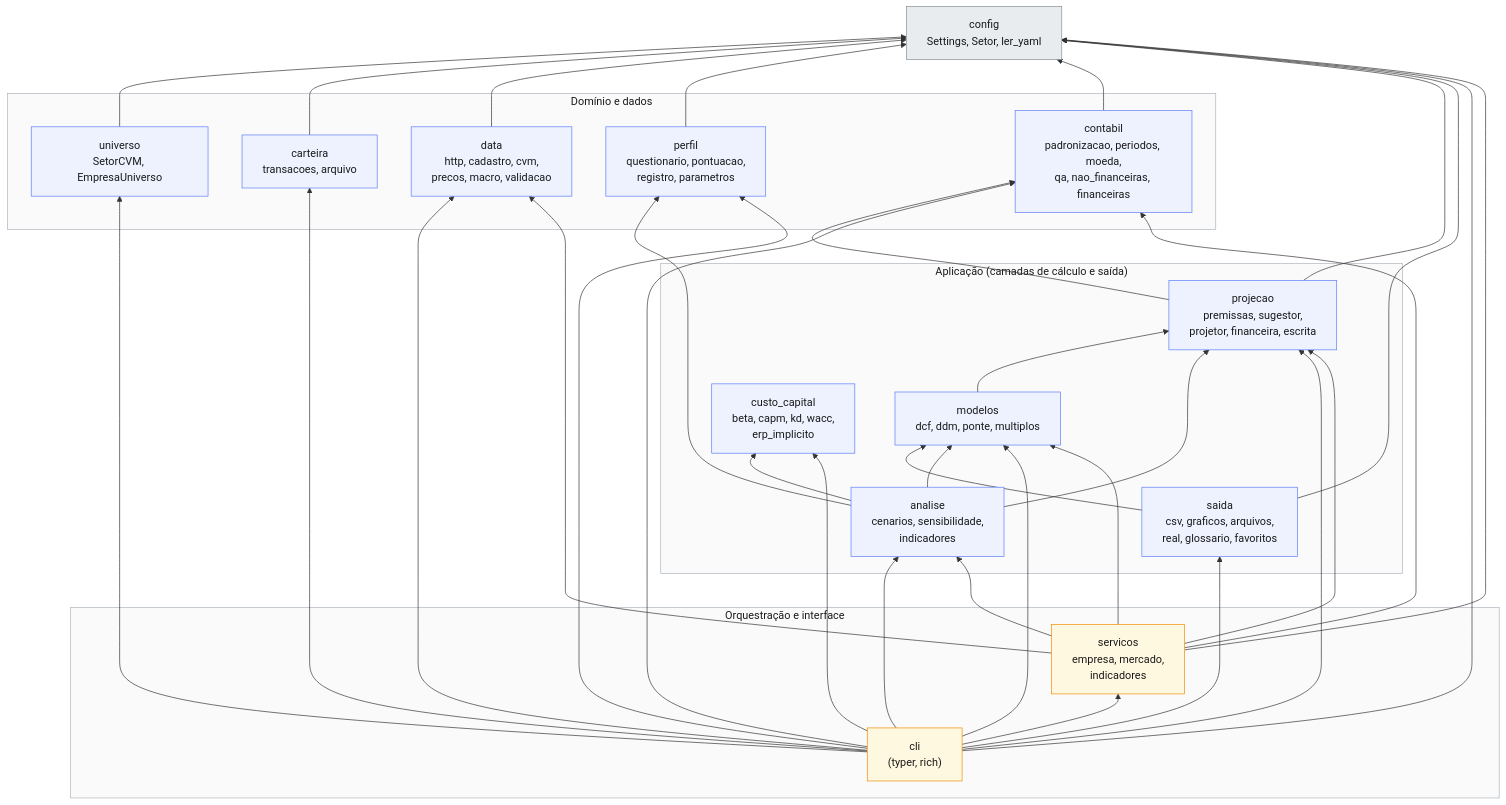
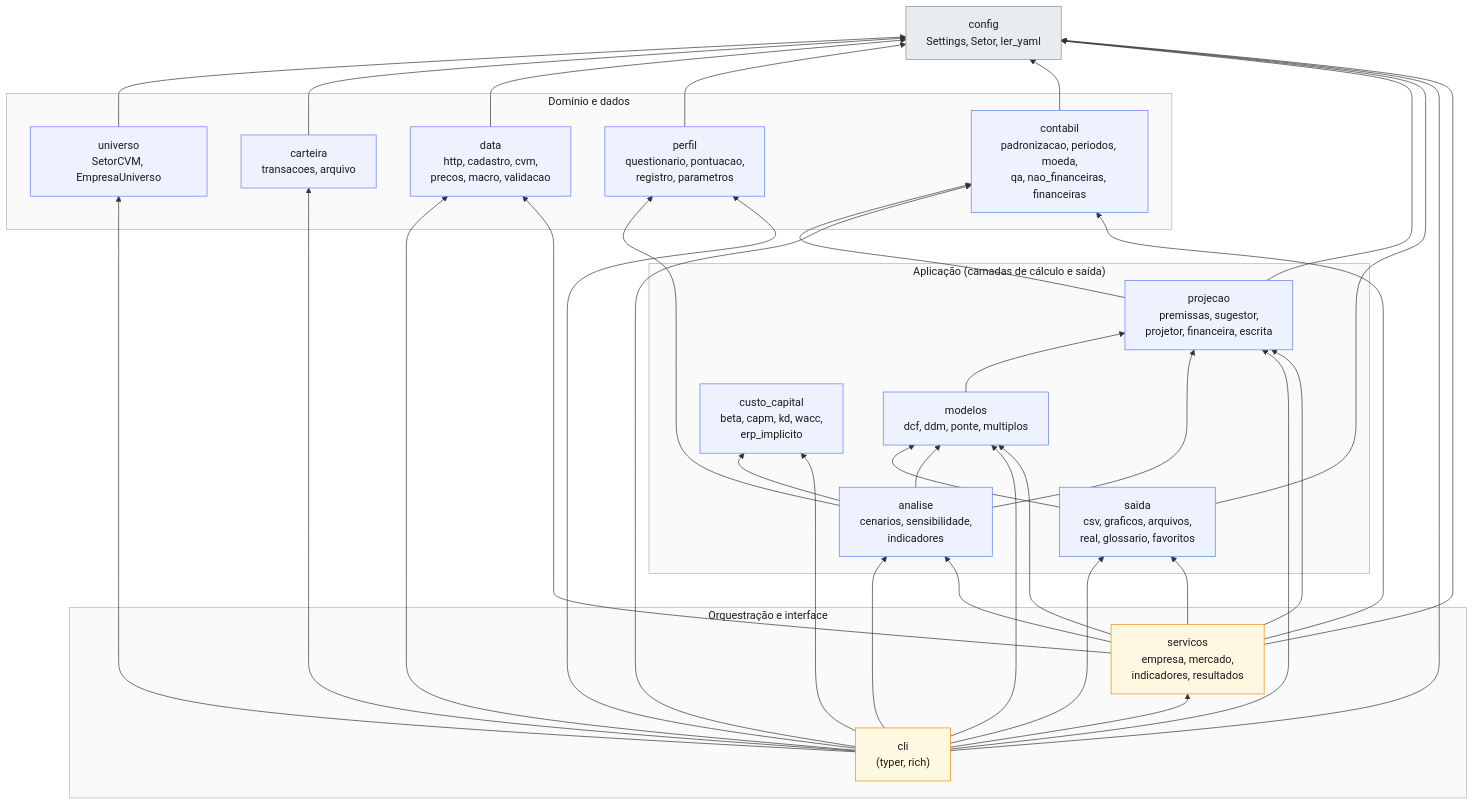
The first of 3 diagrams in docs/diagrama_arquitetura.md (luiz2801/lastro), drawn with Mermaid before and after one commit. The commit also changed 5 other files, not shown here.

First line of the commit message:
servicos: lê a última rodada de saida/ (S1, resultados)

````diff
--- a/docs/diagrama_arquitetura.md
+++ b/docs/diagrama_arquitetura.md
@@ -11,48 +11,48 @@
 ```mermaid
 flowchart BT
     subgraph ORQ["Orquestração e interface"]
         cli["cli<br/>(typer, rich)"]
-        servicos["servicos<br/>empresa, mercado,<br/>indicadores"]
+        servicos["servicos<br/>empresa, mercado,<br/>indicadores, resultados"]
     end
 
     subgraph APL["Aplicação (camadas de cálculo e saída)"]
         saida["saida<br/>csv, graficos, arquivos,<br/>real, glossario, favoritos"]
         analise["analise<br/>cenarios, sensibilidade,<br/>indicadores"]
         modelos["modelos<br/>dcf, ddm, ponte, multiplos"]
         projecao["projecao<br/>premissas, sugestor,<br/>projetor, financeira, escrita"]
         custo["custo_capital<br/>beta, capm, kd, wacc,<br/>erp_implicito"]
     end
 
     subgraph DOM["Domínio e dados"]
         contabil["contabil<br/>padronizacao, periodos, moeda,<br/>qa, nao_financeiras, financeiras"]
         perfil["perfil<br/>questionario, pontuacao,<br/>registro, parametros"]
         data["data<br/>http, cadastro, cvm,<br/>precos, macro, validacao"]
         carteira["carteira<br/>transacoes, arquivo"]
         universo["universo<br/>SetorCVM, EmpresaUniverso"]
     end
 
     config["config<br/>Settings, Setor, ler_yaml"]
 
     cli --> servicos
-    servicos --> analise & modelos & contabil & data & projecao & config
+    servicos --> saida & analise & modelos & contabil & data & projecao & config
     cli --> saida & analise & modelos & projecao & custo & contabil & perfil & data & carteira & universo & config
     analise --> modelos & projecao & custo & perfil
     saida --> modelos & config
     modelos --> projecao
     projecao --> contabil & config
     contabil --> config
     perfil --> config
     data --> config
     carteira --> config
     universo --> config
 
     classDef pacote fill:#eef2ff,stroke:#5c7cfa,color:#1a1a1a
     classDef base fill:#e9ecef,stroke:#868e96,color:#1a1a1a
     classDef topo fill:#fff8e1,stroke:#f08c00,color:#1a1a1a
     class saida,analise,modelos,projecao,custo,contabil,perfil,data,carteira,universo pacote
     class config base
     class cli,servicos topo
     style ORQ fill:#fafafa,stroke:#adb5bd,color:#1a1a1a
     style APL fill:#fafafa,stroke:#adb5bd,color:#1a1a1a
     style DOM fill:#fafafa,stroke:#adb5bd,color:#1a1a1a
 ```
````
